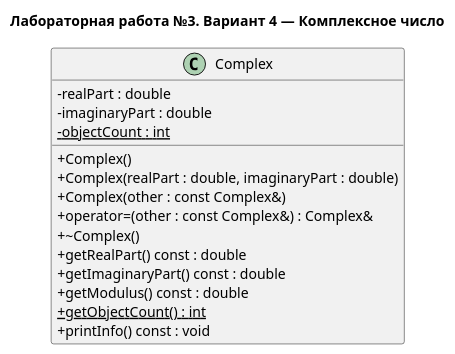
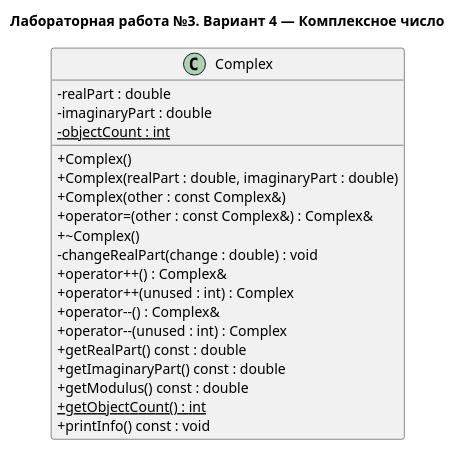
One commit to lnknwl/lab3 changed the diagram in uml/complex.puml. Above: the diagram before and after it, drawn with PlantUML. The commit also changed 9 other files, not shown here.

```diff
--- a/uml/complex.puml
+++ b/uml/complex.puml
@@ -1,21 +1,26 @@
 @startuml
 title Лабораторная работа №3. Вариант 4 — Комплексное число
 skinparam classAttributeIconSize 0
 
 class Complex {
     - realPart : double
     - imaginaryPart : double
     - {static} objectCount : int
     + Complex()
     + Complex(realPart : double, imaginaryPart : double)
     + Complex(other : const Complex&)
     + operator=(other : const Complex&) : Complex&
     + ~Complex()
+    - changeRealPart(change : double) : void
+    + operator++() : Complex&
+    + operator++(unused : int) : Complex
+    + operator--() : Complex&
+    + operator--(unused : int) : Complex
     + getRealPart() const : double
     + getImaginaryPart() const : double
     + getModulus() const : double
     + {static} getObjectCount() : int
     + printInfo() const : void
 }
 
 @enduml
```
